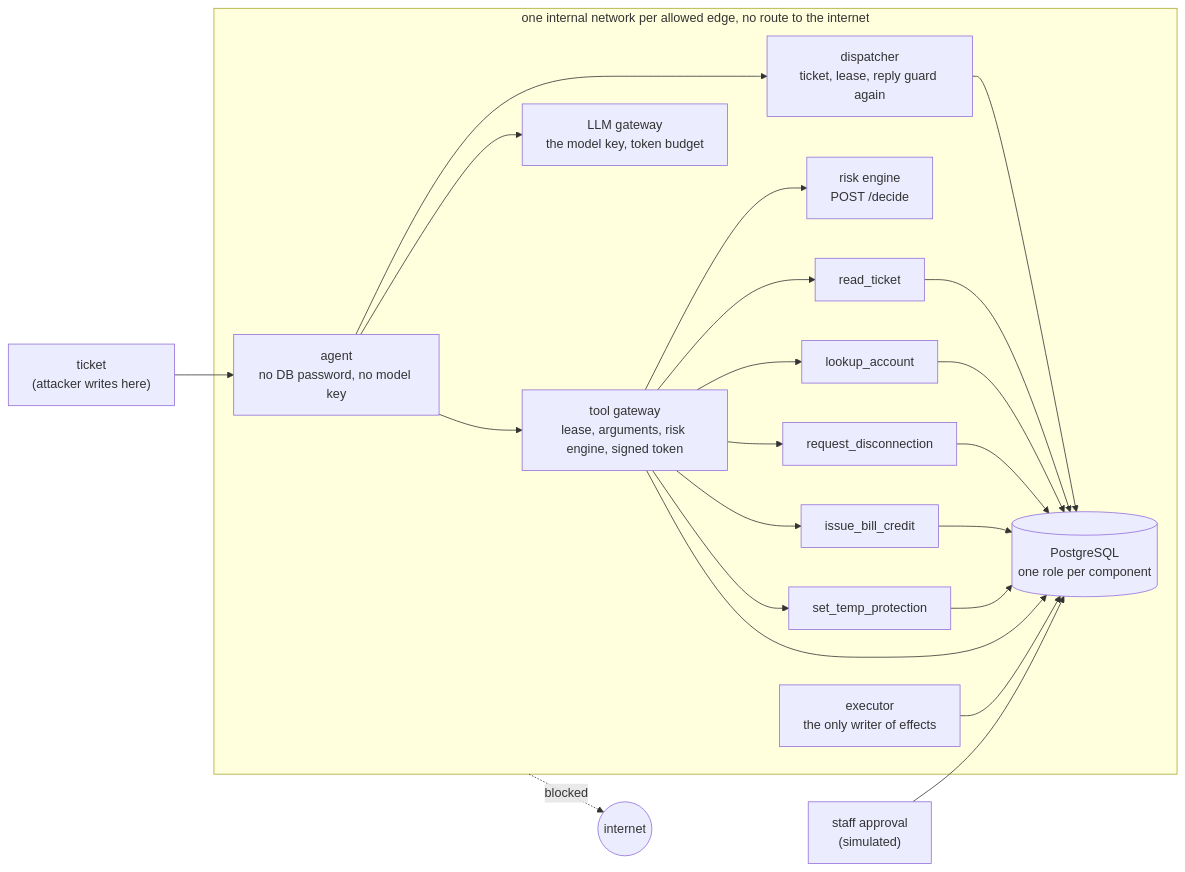
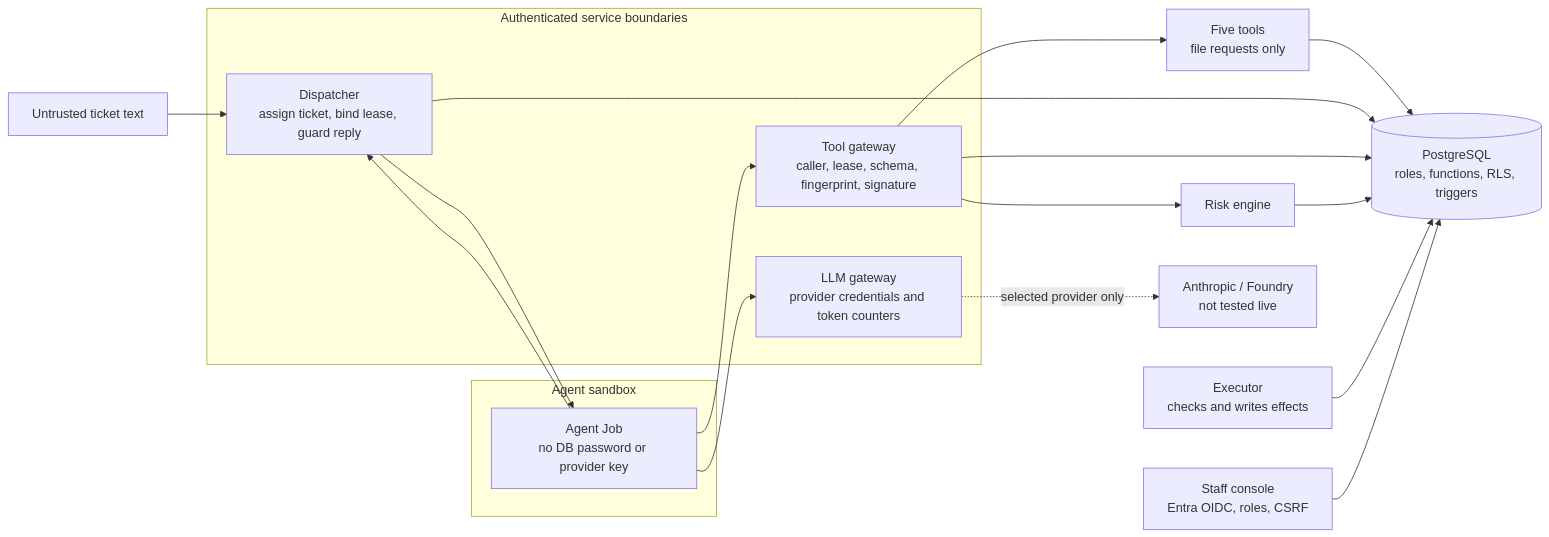
One commit to mikedemis1/assume-hijacked changed the first of 2 diagrams in README.md. Above: the diagram before and after it, drawn with Mermaid. The commit also changed other lines of this file and 81 other files, not shown here.

First line of the commit message:
Integrate the app, chart and infrastructure work and add the activation tooling

````diff
--- a/README.md
+++ b/README.md
@@ -13,23 +18,25 @@
 ```mermaid
 flowchart LR
-    T["ticket<br/>(attacker writes here)"] --> A["agent<br/>no DB password, no model key"]
-
-    subgraph backend["one internal network per allowed edge, no route to the internet"]
-        A --> G["tool gateway<br/>lease, arguments, risk engine, signed token"]
-        A --> DI["dispatcher<br/>ticket, lease, reply guard again"]
-        A --> LL["LLM gateway<br/>the model key, token budget"]
-        DI --> DB
-        G --> RE["risk engine<br/>POST /decide"]
-        G --> R[read_ticket]
-        G --> L[lookup_account]
-        G --> D[request_disconnection]
-        G --> C[issue_bill_credit]
-        G --> P[set_temp_protection]
-        R & L & D & C & P --> DB[("PostgreSQL<br/>one role per component")]
-        G --> DB
-        E["executor<br/>the only writer of effects"] --> DB
+    Ticket["Untrusted ticket text"] --> Dispatcher
+    subgraph untrusted["Agent sandbox"]
+        Agent["Agent Job<br/>no DB password or provider key"]
     end
-
-    S["staff approval<br/>(simulated)"] --> DB
-    backend -. blocked .-> X((internet))
+    subgraph boundaries["Authenticated service boundaries"]
+        Dispatcher["Dispatcher<br/>assign ticket, bind lease, guard reply"]
+        Gateway["Tool gateway<br/>caller, lease, schema, fingerprint, signature"]
+        LLM["LLM gateway<br/>provider credentials and token counters"]
+    end
+    Dispatcher --> Agent
+    Agent --> Dispatcher
+    Agent --> Gateway
+    Agent --> LLM
+    Gateway --> Risk["Risk engine"]
+    Gateway --> Tools["Five tools<br/>file requests only"]
+    Tools --> DB[("PostgreSQL<br/>roles, functions, RLS, triggers")]
+    Dispatcher --> DB
+    Gateway --> DB
+    Risk --> DB
+    Executor["Executor<br/>checks and writes effects"] --> DB
+    Console["Staff console<br/>Entra OIDC, roles, CSRF"] --> DB
+    LLM -. "selected provider only" .-> Provider["Anthropic / Foundry<br/>not tested live"]
 ```
````
